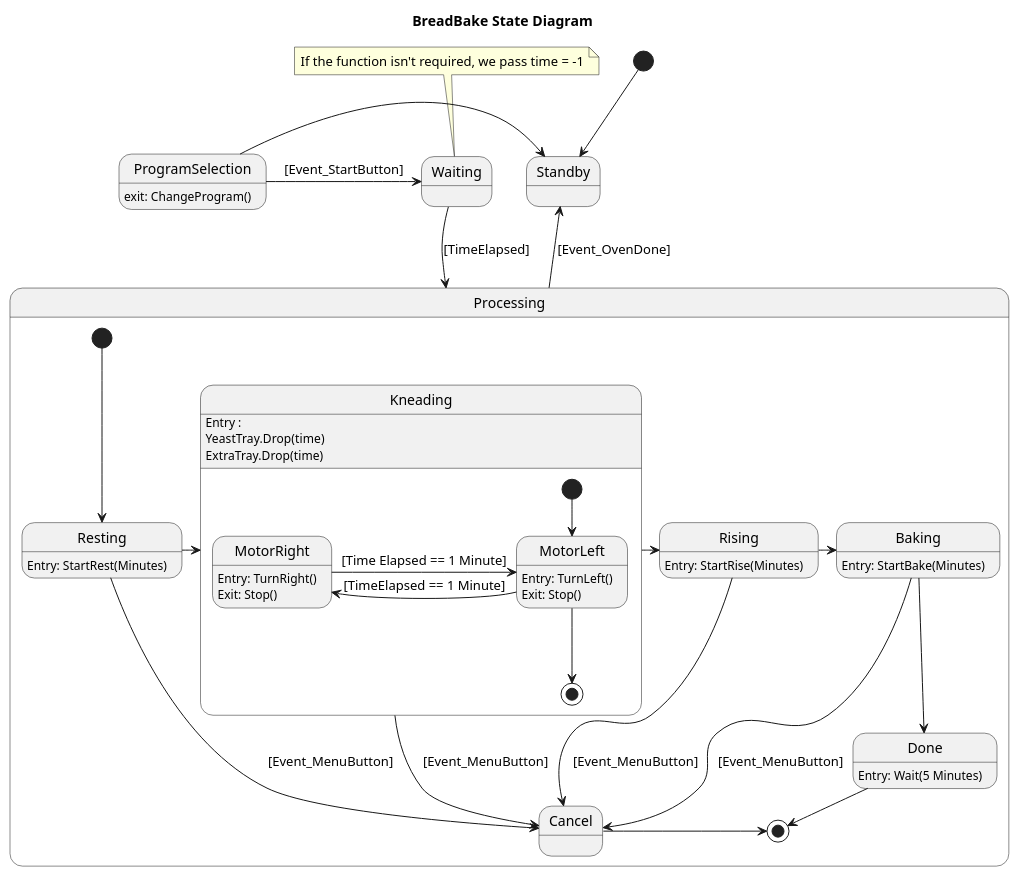
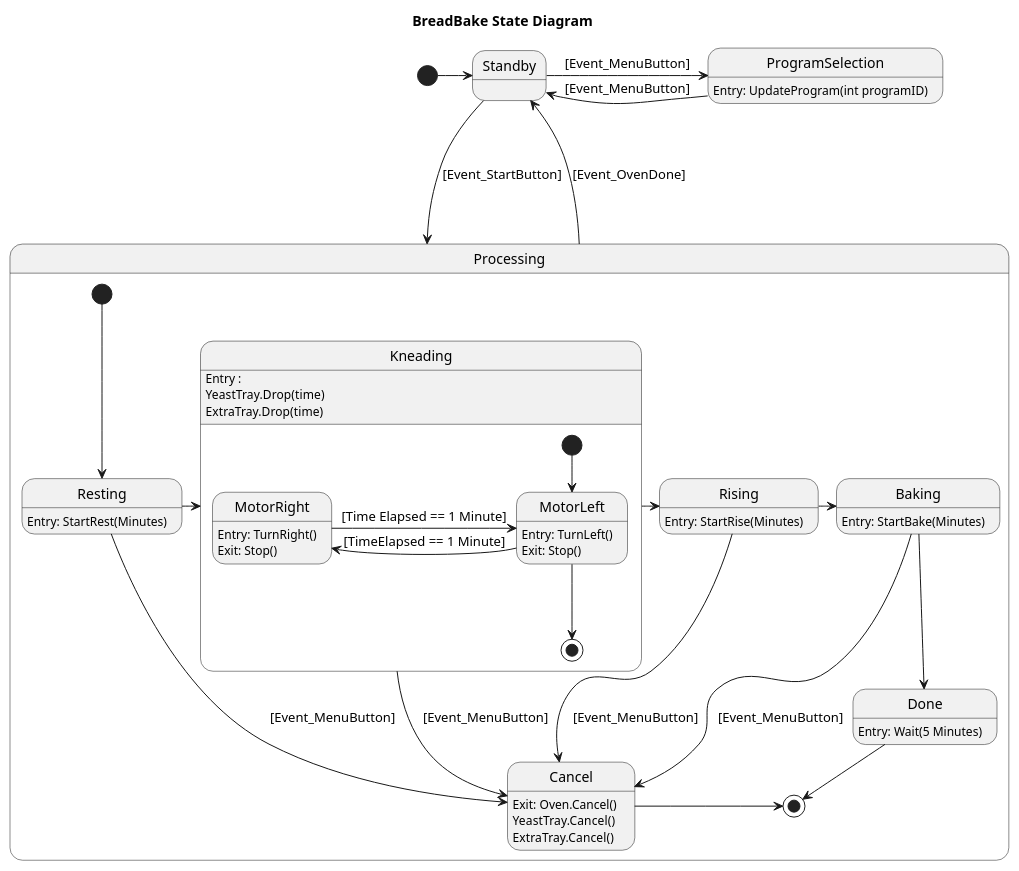
One commit to NathanThus/Technology-Semester-3 changed the diagram in Software Design & Algorithms/BreadBake/Diagram.puml. Above: the diagram before and after it, drawn with PlantUML.

Commit message:
Implemented feedback

```diff
--- a/Software Design & Algorithms/BreadBake/Diagram.puml
+++ b/Software Design & Algorithms/BreadBake/Diagram.puml
@@ -1,63 +1,63 @@
 @startuml BreadBake
 Title BreadBake State Diagram
 
+[*] -> Standby
+
 state ProgramSelection
-    ProgramSelection: exit: ChangeProgram()
-
-[*] -down-> Standby
+    ProgramSelection : Entry: UpdateProgram(int programID)
 
 Standby -> ProgramSelection : [Event_MenuButton]
-ProgramSelection -> Standby
-ProgramSelection -> Waiting : [Event_StartButton]
-Waiting -> Processing : [TimeElapsed]
+ProgramSelection -> Standby : [Event_MenuButton]
 
-note top of Waiting
-    If the function isn't required, we pass time = -1
-end note
+Standby ---> Processing : [Event_StartButton]
 
 state Processing {
     state Baking
         Baking: Entry: StartBake(Minutes)
     state Resting
         Resting: Entry: StartRest(Minutes)
     state Rising
         Rising: Entry: StartRise(Minutes)
     state Done
         Done: Entry: Wait(5 Minutes)
 
     state Kneading {
     Kneading: Entry : 
     Kneading: YeastTray.Drop(time)
     Kneading: ExtraTray.Drop(time)
 
     state MotorLeft
         MotorLeft: Entry: TurnLeft()
         MotorLeft: Exit: Stop()
     state MotorRight
         MotorRight: Entry: TurnRight()
         MotorRight: Exit: Stop()
 
     [*] --> MotorLeft
 
     MotorLeft -Left-> MotorRight : [TimeElapsed == 1 Minute]
     MotorRight -Right-> MotorLeft : [Time Elapsed == 1 Minute]
     MotorLeft --Down-> [*]
     }
 
+    state Cancel {
+        Cancel: Exit: Oven.Cancel() \nYeastTray.Cancel() \nExtraTray.Cancel()
+    }
+
     [*] -down-> Resting
     Resting --right-> Kneading 
     Kneading -> Rising 
     Rising -> Baking
     Baking -right-> Done
     Done -> [*] : [TaskNr != done || Event_MenuButton]
 
     Resting -down-> Cancel : [Event_MenuButton]
     Kneading -down-> Cancel : [Event_MenuButton]
     Rising -down-> Cancel : [Event_MenuButton]
     Baking -down-> Cancel : [Event_MenuButton]
 
     Cancel->[*]
 }
 
 Processing --> Standby : [Event_OvenDone]
 @enduml
```
